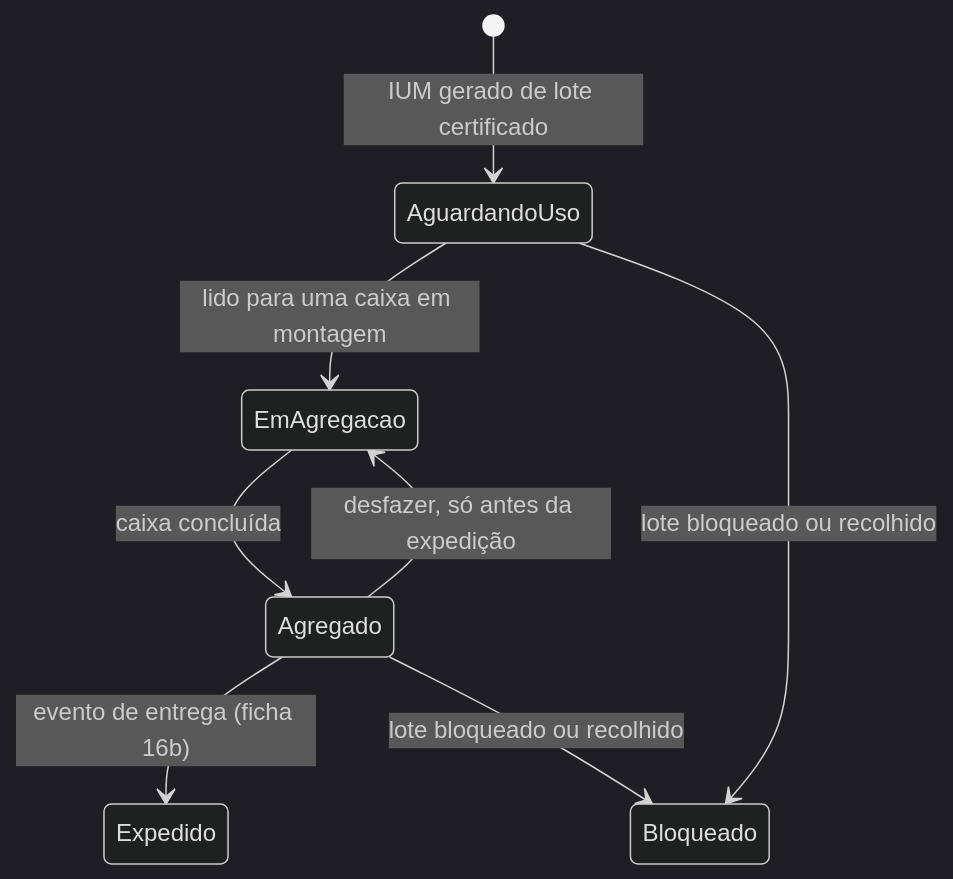
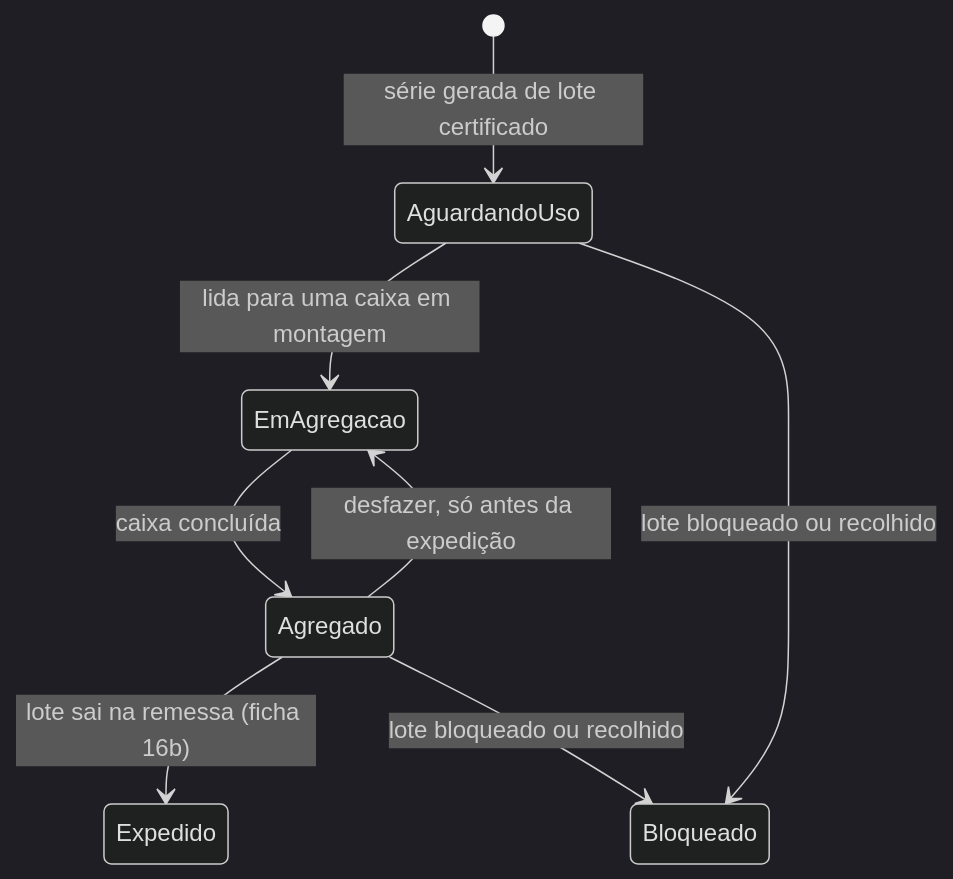
One commit to Nardacci/iLabs changed the diagram in docs/roadmap/fluxo-16a-ium-e-agregacao.md. Above: the diagram before and after it, drawn with Mermaid (dark theme). The commit also changed other lines of this file and 15 other files, not shown here.

First line of the commit message:
Fichas 16a e 16b reescritas para o modelo atual (mapa de distribuição; série e declaração opcionais)

````diff
--- a/docs/roadmap/fluxo-16a-ium-e-agregacao.md
+++ b/docs/roadmap/fluxo-16a-ium-e-agregacao.md
@@ -32,10 +28,10 @@
 ```mermaid
 stateDiagram-v2
-  [*] --> AguardandoUso: IUM gerado de lote certificado
-  AguardandoUso --> EmAgregacao: lido para uma caixa em montagem
+  [*] --> AguardandoUso: série gerada de lote certificado
+  AguardandoUso --> EmAgregacao: lida para uma caixa em montagem
   EmAgregacao --> Agregado: caixa concluída
-  Agregado --> Expedido: evento de entrega (ficha 16b)
+  Agregado --> Expedido: lote sai na remessa (ficha 16b)
   Agregado --> EmAgregacao: desfazer, só antes da expedição
   AguardandoUso --> Bloqueado: lote bloqueado ou recolhido
   Agregado --> Bloqueado: lote bloqueado ou recolhido
 ```
````
